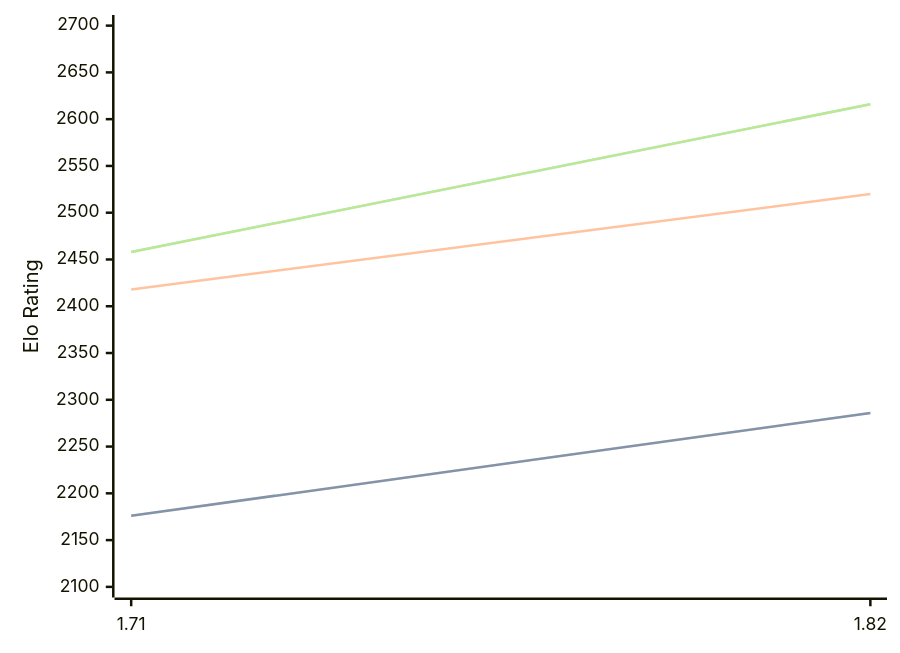
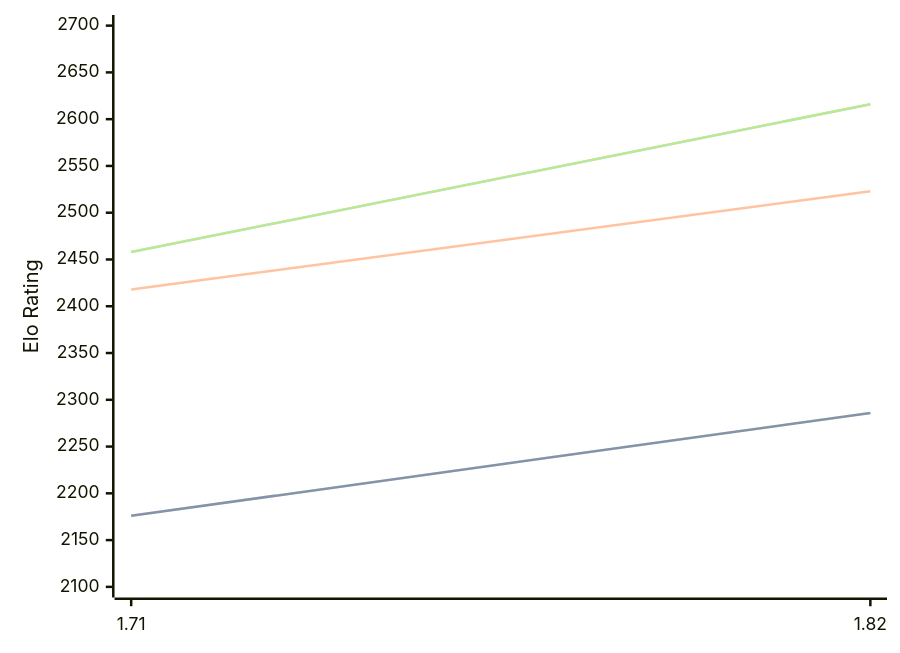
The diagram in engines/Amira.md (computer-chess-index/cci), drawn with Mermaid before and after one commit. The commit also changed other lines of this file, not shown here.

````diff
--- a/engines/Amira.md
+++ b/engines/Amira.md
@@ -32,11 +32,11 @@
 ```mermaid
 %%{init: {"theme":"base","themeVariables":{"seriesColors:['#a3a3a3','#222221','#faa371']}}}%%
 xychart-beta
   x-axis ["1.71", "1.82"]
   y-axis "Elo Rating" 2100 --> 2700
   line "STC (8.0+0.08s)" [2176, 2286]
   line "STC (8.0+0.08s)" [2176, 2286]
-  line "LTC (60.0+0.60s)" [2418, 2520]
+  line "LTC (60.0+0.60s)" [2418, 2523]
   line "VLTC (2m24s+1.12s)" [2458, 2616]
   line "VLTC (2m24s+1.12s)" [2458, 2616]
 ```
````
